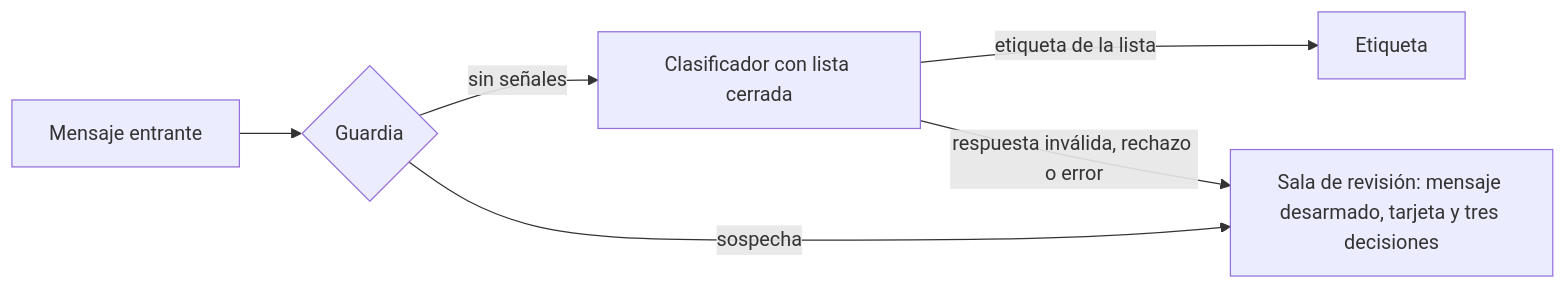
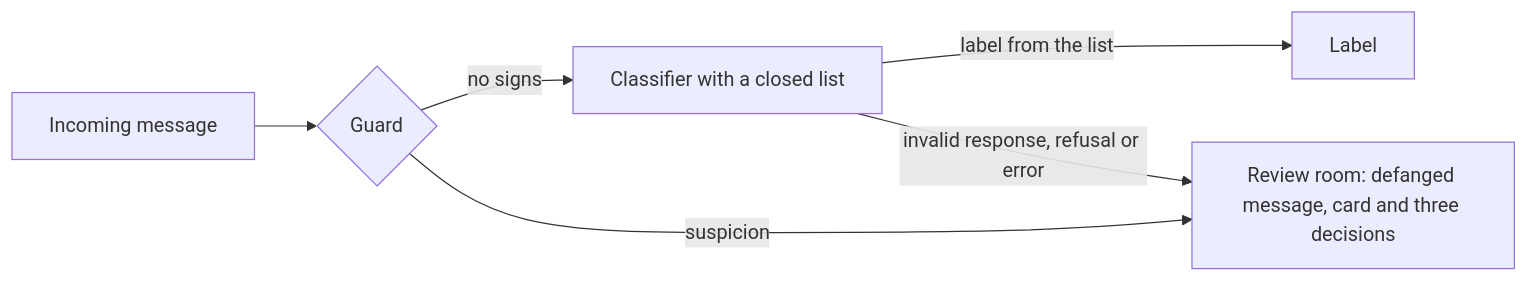
The diagram in README.md (alinedmooner/centinela), drawn with Mermaid before and after one commit. The commit also changed other lines of this file and 14 other files, not shown here.

````diff
--- a/README.md
+++ b/README.md
@@ -35,8 +37,8 @@
 ```mermaid
 flowchart LR
-    M[Mensaje entrante] --> G{Guardia}
-    G -- sin señales --> C[Clasificador con lista cerrada]
-    G -- sospecha --> H[Sala de revisión: mensaje desarmado, tarjeta y tres decisiones]
-    C -- etiqueta de la lista --> E[Etiqueta]
-    C -- respuesta inválida, rechazo o error --> H
+    M[Incoming message] --> G{Guard}
+    G -- no signs --> C[Classifier with a closed list]
+    G -- suspicion --> H[Review room: defanged message, card and three decisions]
+    C -- label from the list --> E[Label]
+    C -- invalid response, refusal or error --> H
 ```
````
